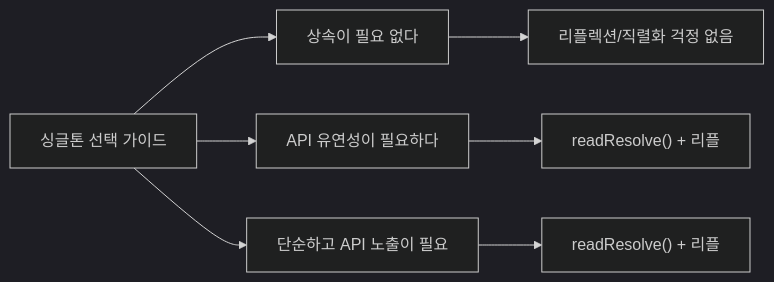
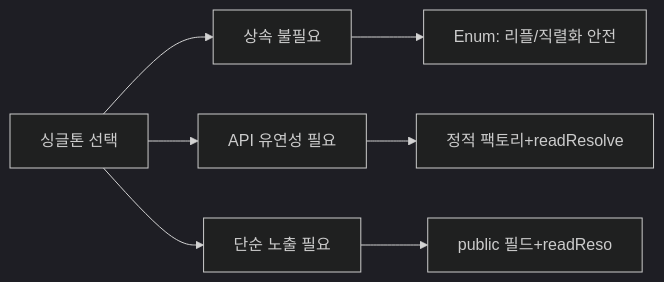
Before and after one commit to yjkim2015/yjkim2015.github.io: the third of 3 diagrams in _posts/java/2021-12-19-effective-java3.md, drawn with Mermaid (dark theme). The commit also changed 245 other files, not shown here.

First line of the commit message:
Mermaid 다이어그램 전면 수정 + 면접 포인트 접기/펼치기 + DB 데드락 페이지

````diff
--- a/_posts/java/2021-12-19-effective-java3.md
+++ b/_posts/java/2021-12-19-effective-java3.md
@@ -202,9 +202,9 @@
 ```mermaid
 graph LR
-    A["싱글톤 선택 가이드"] --> B["상속이 필요 없다"]
-    A --> C["API 유연성이 필요하다"]
-    A --> D["단순하고 API 노출이 필요"]
-    B --> B1["리플렉션/직렬화 걱정 없음"]
-    C --> C1["readResolve() + 리플"]
-    D --> D1["readResolve() + 리플"]
+    A["싱글톤 선택"] --> B["상속 불필요"]
+    A --> C["API 유연성 필요"]
+    A --> D["단순 노출 필요"]
+    B --> B1["Enum: 리플/직렬화 안전"]
+    C --> C1["정적 팩토리+readResolve"]
+    D --> D1["public 필드+readReso"]
 ```
````
